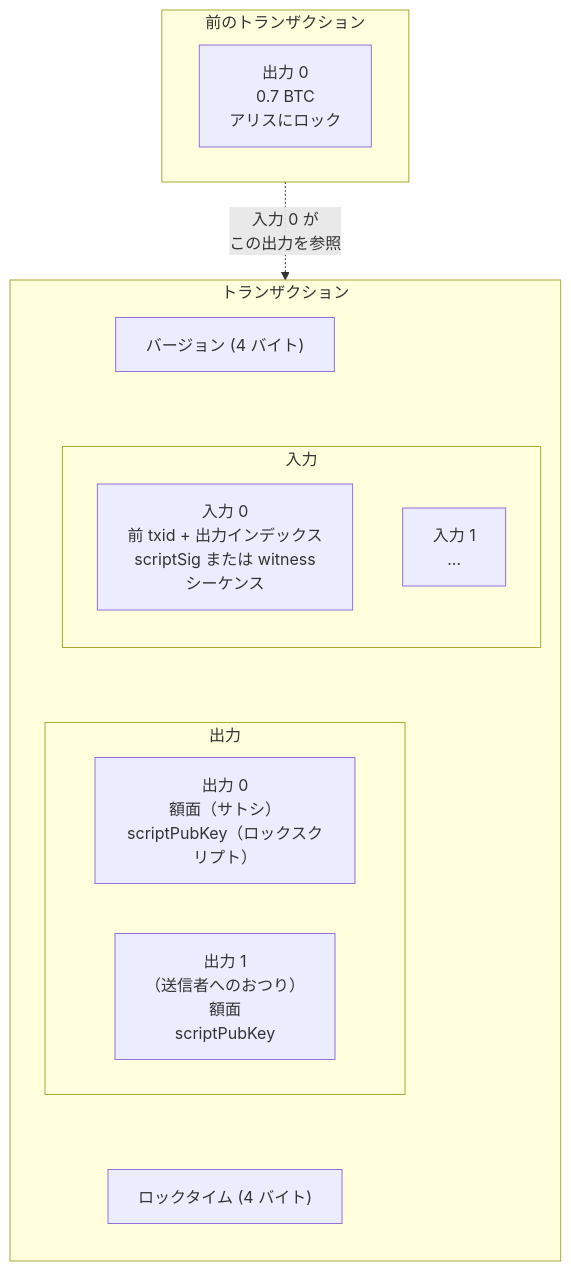
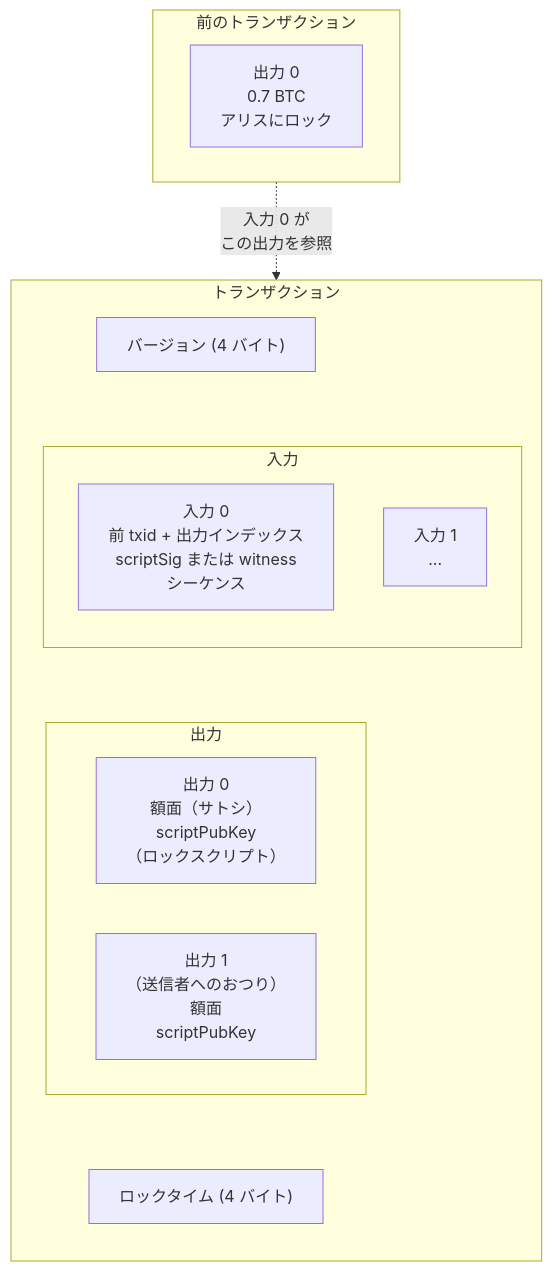
The second of 5 diagrams in src/data/translations/ja/design/2009-01-03-bitcoin-transaction-design.md (cypher256/BitcoinArchive), drawn with Mermaid before and after one commit. The commit also changed other lines of this file and 11 other files, not shown here.

First line of the commit message:
JA Mermaid labels: wrap long CJK labels (mermaid-ja-wrap, 12 design docs)

````diff
--- a/src/data/translations/ja/design/2009-01-03-bitcoin-transaction-design.md
+++ b/src/data/translations/ja/design/2009-01-03-bitcoin-transaction-design.md
@@ -89,29 +89,29 @@
 ```mermaid
 flowchart TB
     subgraph TX["トランザクション"]
         direction TB
         VER["バージョン (4 バイト)"]
 
         subgraph INPUTS["入力"]
-            I1["入力 0\n前 txid + 出力インデックス\nscriptSig または witness\nシーケンス"]
+            I1["入力 0<br/>前 txid + 出力インデックス<br/>scriptSig または witness<br/>シーケンス"]
             I2["入力 1\n..."]
         end
 
         subgraph OUTPUTS["出力"]
-            O1["出力 0\n額面（サトシ）\nscriptPubKey（ロックスクリプト）"]
-            O2["出力 1\n（送信者へのおつり）\n額面\nscriptPubKey"]
+            O1["出力 0<br/>額面（サトシ）<br/>scriptPubKey<br/>（ロックスクリプト）"]
+            O2["出力 1<br/>（送信者へのおつり）<br/>額面<br/>scriptPubKey"]
         end
 
         LOCK["ロックタイム (4 バイト)"]
     end
 
     subgraph PREV["前のトランザクション"]
         PO["出力 0\n0.7 BTC\nアリスにロック"]
     end
 
     PREV -. "入力 0 が\nこの出力を参照" .-> I1
 
     VER ~~~ INPUTS
     INPUTS ~~~ OUTPUTS
     OUTPUTS ~~~ LOCK
 ```
````
